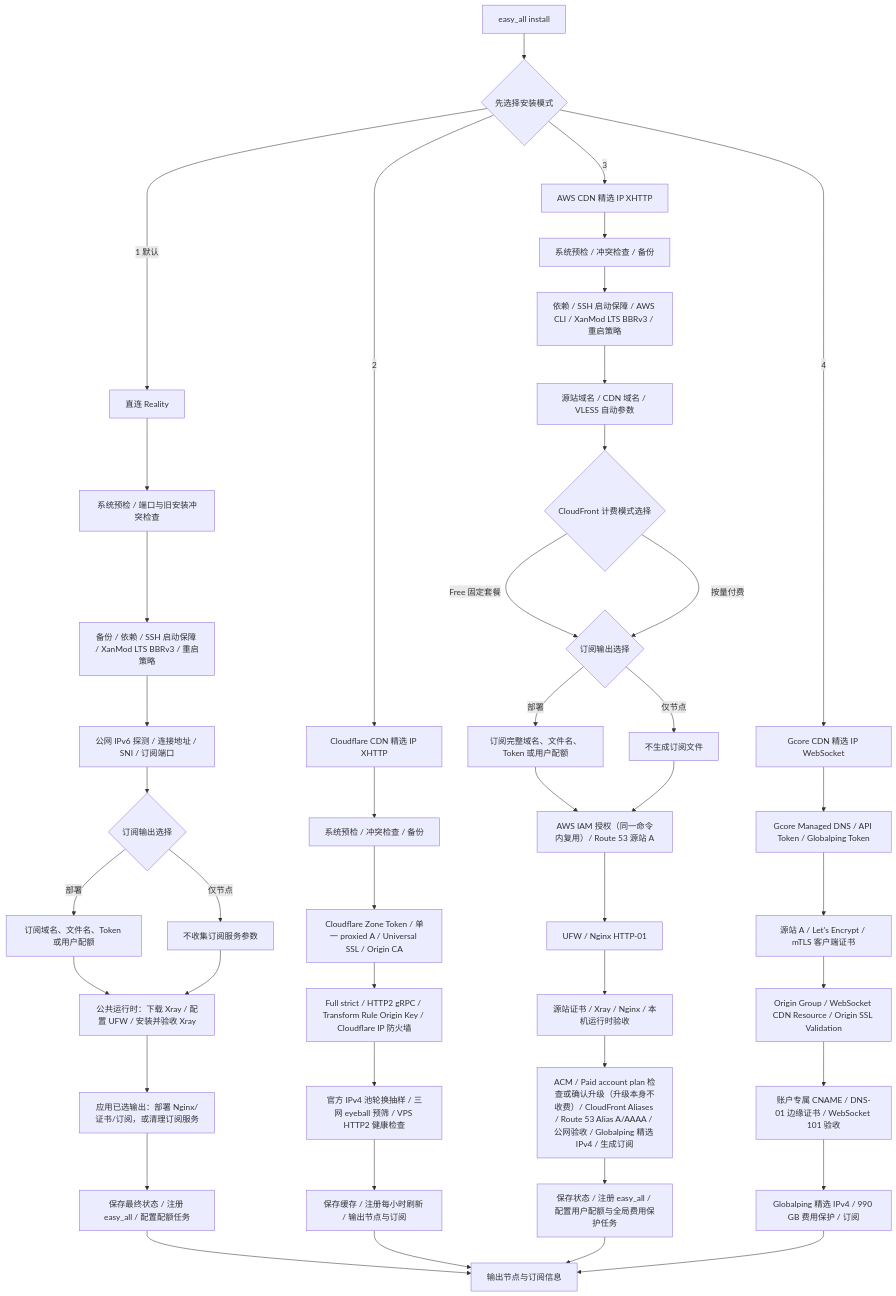
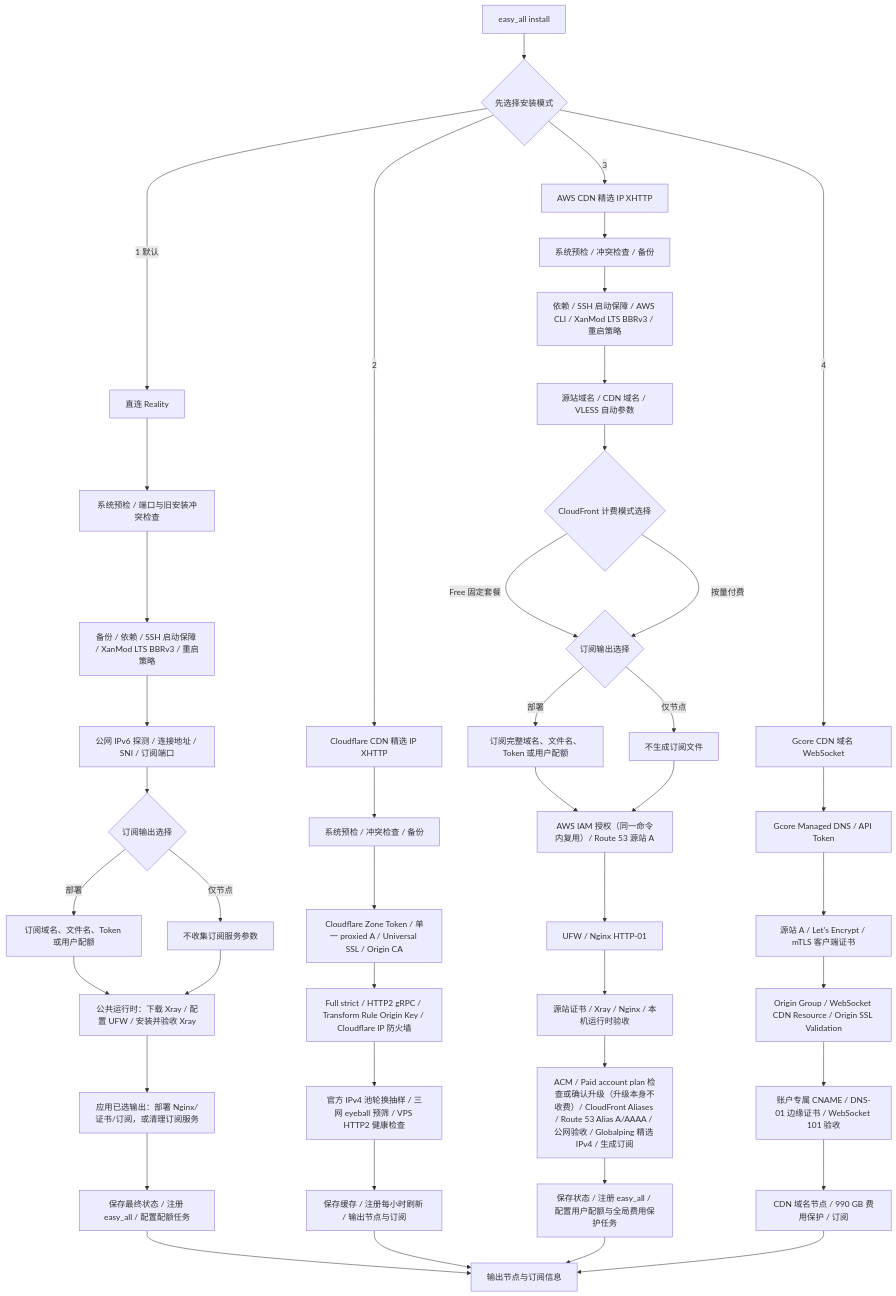
Before and after one commit to v2yiz/easy_all: the diagram in README.md, drawn with Mermaid. The commit also changed other lines of this file and 9 other files, not shown here.

````diff
--- a/README.md
+++ b/README.md
@@ -85,50 +85,50 @@
 ```mermaid
 flowchart TD
     A[easy_all install] --> B{先选择安装模式}
 
     B -->|1 默认| R0[直连 Reality]
     R0 --> R1[系统预检 / 端口与旧安装冲突检查]
     R1 --> R2[备份 / 依赖 / SSH 启动保障 / XanMod LTS BBRv3 / 重启策略]
     R2 --> R3[公网 IPv6 探测 / 连接地址 / SNI / 订阅端口]
     R3 --> R4{订阅输出选择}
     R4 -->|部署| R5[订阅域名、文件名、Token 或用户配额]
     R4 -->|仅节点| R6[不收集订阅服务参数]
     R5 --> R7[公共运行时：下载 Xray / 配置 UFW / 安装并验收 Xray]
     R6 --> R7
     R7 --> R8[应用已选输出：部署 Nginx/证书/订阅，或清理订阅服务]
     R8 --> R9[保存最终状态 / 注册 easy_all / 配置配额任务]
     R9 --> Z[输出节点与订阅信息]
 
     B -->|2| C0[Cloudflare CDN 精选 IP XHTTP]
     C0 --> C1[系统预检 / 冲突检查 / 备份]
     C1 --> C2[Cloudflare Zone Token / 单一 proxied A / Universal SSL / Origin CA]
     C2 --> C3[Full strict / HTTP2 gRPC / Transform Rule Origin Key / Cloudflare IP 防火墙]
     C3 --> C4[官方 IPv4 池轮换抽样 / 三网 eyeball 预筛 / VPS HTTP2 健康检查]
     C4 --> C5[保存缓存 / 注册每小时刷新 / 输出节点与订阅]
     C5 --> Z
 
     B -->|3| X0[AWS CDN 精选 IP XHTTP]
     X0 --> X1[系统预检 / 冲突检查 / 备份]
     X1 --> X2[依赖 / SSH 启动保障 / AWS CLI / XanMod LTS BBRv3 / 重启策略]
     X2 --> X3[源站域名 / CDN 域名 / VLESS 自动参数]
     X3 --> X3A{CloudFront 计费模式选择}
     X3A -->|Free 固定套餐| X4{订阅输出选择}
     X3A -->|按量付费| X4
     X4 -->|部署| X5[订阅完整域名、文件名、Token 或用户配额]
     X4 -->|仅节点| X6[不生成订阅文件]
     X5 --> X7[AWS IAM 授权（同一命令内复用）/ Route 53 源站 A]
     X6 --> X7
     X7 --> X8[UFW / Nginx HTTP-01]
     X8 --> X9[源站证书 / Xray / Nginx / 本机运行时验收]
     X9 --> X10[ACM / Paid account plan 检查或确认升级（升级本身不收费）/ CloudFront Aliases / Route 53 Alias A/AAAA / 公网验收 / Globalping 精选 IPv4 / 生成订阅]
     X10 --> X11[保存状态 / 注册 easy_all / 配置用户配额与全局费用保护任务]
     X11 --> Z
 
-    B -->|4| G0[Gcore CDN 精选 IP WebSocket]
-    G0 --> G1[Gcore Managed DNS / API Token / Globalping Token]
+    B -->|4| G0[Gcore CDN 域名 WebSocket]
+    G0 --> G1[Gcore Managed DNS / API Token]
     G1 --> G2[源站 A / Let's Encrypt / mTLS 客户端证书]
     G2 --> G3[Origin Group / WebSocket CDN Resource / Origin SSL Validation]
     G3 --> G4[账户专属 CNAME / DNS-01 边缘证书 / WebSocket 101 验收]
-    G4 --> G5[Globalping 精选 IPv4 / 990 GB 费用保护 / 订阅]
+    G4 --> G5[CDN 域名节点 / 990 GB 费用保护 / 订阅]
     G5 --> Z
 ```
````
